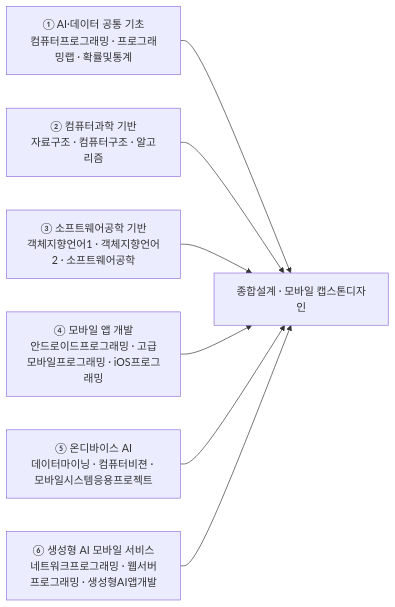
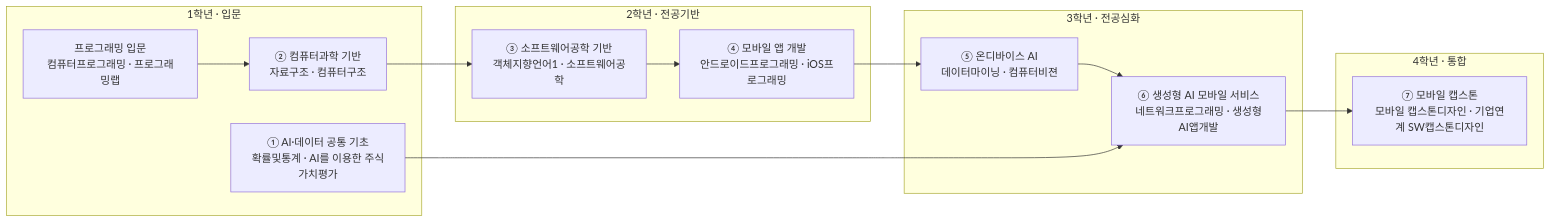
One commit to parclab-hsu/ai-curriculum-2026 changed the diagram in docs/it/mobile-software.md. Above: the diagram before and after it, drawn with Mermaid. The commit also changed other lines of this file and 22 other files, not shown here.

First line of the commit message:
모듈 다이어그램 강화 — 1~4학년 로드맵 + 모듈-역량 매핑 (23개 트랙)

````diff
--- a/docs/it/mobile-software.md
+++ b/docs/it/mobile-software.md
@@ -120,10 +120,21 @@
 ```mermaid
 flowchart LR
-  M1["① AI·데이터 공통 기초<br/>컴퓨터프로그래밍 · 프로그래밍랩 · 확률및통계"] --> CAP
-  M2["② 컴퓨터과학 기반<br/>자료구조 · 컴퓨터구조 · 알고리즘"] --> CAP
-  M3["③ 소프트웨어공학 기반<br/>객체지향언어1 · 객체지향언어2 · 소프트웨어공학"] --> CAP
-  M4["④ 모바일 앱 개발<br/>안드로이드프로그래밍 · 고급모바일프로그래밍 · iOS프로그래밍"] --> CAP
-  M5["⑤ 온디바이스 AI<br/>데이터마이닝 · 컴퓨터비젼 · 모바일시스템응용프로젝트"] --> CAP
-  M6["⑥ 생성형 AI 모바일 서비스<br/>네트워크프로그래밍 · 웹서버프로그래밍 · 생성형AI앱개발"] --> CAP
-  CAP["종합설계 · 모바일 캡스톤디자인"]
+  subgraph Y1["1학년 · 입문"]
+    A0["프로그래밍 입문<br/>컴퓨터프로그래밍 · 프로그래밍랩"]
+    M1["① AI·데이터 공통 기초<br/>확률및통계 · AI를 이용한 주식가치평가"]
+    M2["② 컴퓨터과학 기반<br/>자료구조 · 컴퓨터구조"]
+  end
+  subgraph Y2["2학년 · 전공기반"]
+    M3["③ 소프트웨어공학 기반<br/>객체지향언어1 · 소프트웨어공학"]
+    M4["④ 모바일 앱 개발<br/>안드로이드프로그래밍 · iOS프로그래밍"]
+  end
+  subgraph Y3["3학년 · 전공심화"]
+    M5["⑤ 온디바이스 AI<br/>데이터마이닝 · 컴퓨터비젼"]
+    M6["⑥ 생성형 AI 모바일 서비스<br/>네트워크프로그래밍 · 생성형AI앱개발"]
+  end
+  subgraph Y4["4학년 · 통합"]
+    CAP["⑦ 모바일 캡스톤<br/>모바일 캡스톤디자인 · 기업연계 SW캡스톤디자인"]
+  end
+  A0 --> M2 --> M3 --> M4 --> M5 --> M6 --> CAP
+  M1 --> M6
 ```
````
